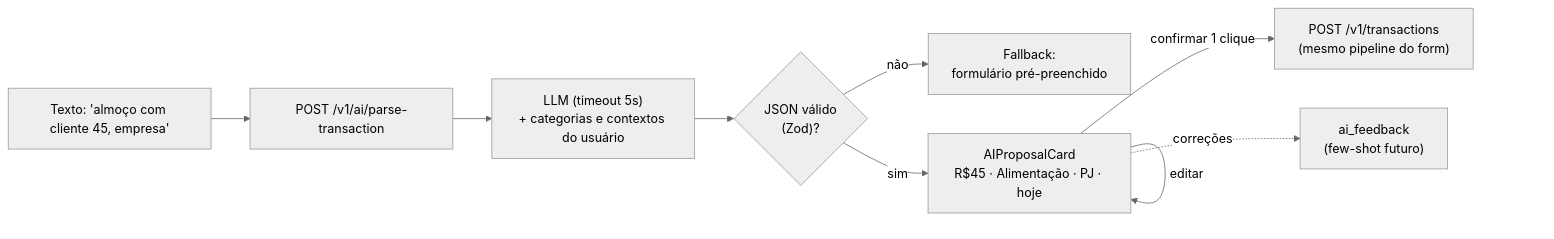
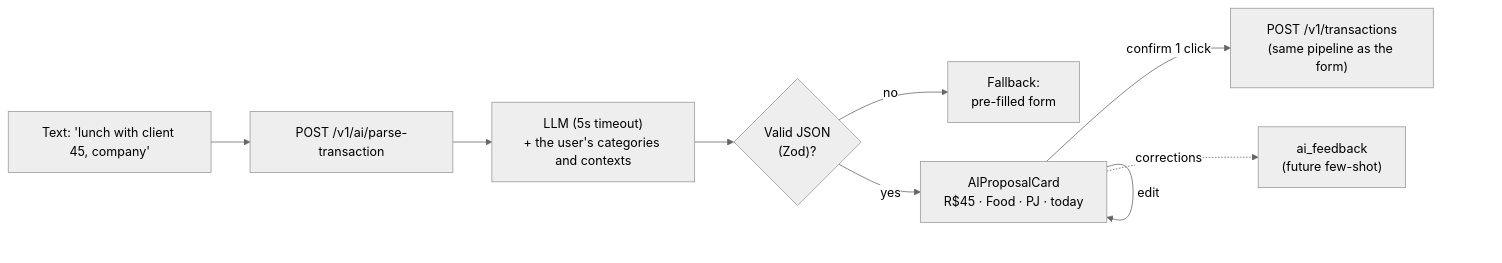
The fourth of 4 diagrams in docs/architecture/architecture.md (fernandaquerino/tally), drawn with Mermaid (neutral theme) before and after one commit. The commit also changed other lines of this file and 34 other files, not shown here.

````diff
--- a/docs/architecture/architecture.md
+++ b/docs/architecture/architecture.md
@@ -400,11 +400,11 @@
 ```mermaid
 flowchart LR
-  TXT["Texto: 'almoço com cliente 45, empresa'"] --> PARSE["POST /v1/ai/parse-transaction"]
-  PARSE --> LLM["LLM (timeout 5s)<br/>+ categorias e contextos do usuário"]
-  LLM --> VAL{"JSON válido<br/>(Zod)?"}
-  VAL -->|não| FALLBACK["Fallback:<br/>formulário pré-preenchido"]
-  VAL -->|sim| CARD["AIProposalCard<br/>R$45 · Alimentação · PJ · hoje"]
-  CARD -->|editar| CARD
-  CARD -->|confirmar 1 clique| POST["POST /v1/transactions<br/>(mesmo pipeline do form)"]
-  CARD -. correções .-> FB["ai_feedback<br/>(few-shot futuro)"]
+  TXT["Text: 'lunch with client 45, company'"] --> PARSE["POST /v1/ai/parse-transaction"]
+  PARSE --> LLM["LLM (5s timeout)<br/>+ the user's categories and contexts"]
+  LLM --> VAL{"Valid JSON<br/>(Zod)?"}
+  VAL -->|no| FALLBACK["Fallback:<br/>pre-filled form"]
+  VAL -->|yes| CARD["AIProposalCard<br/>R$45 · Food · PJ · today"]
+  CARD -->|edit| CARD
+  CARD -->|confirm 1 click| POST["POST /v1/transactions<br/>(same pipeline as the form)"]
+  CARD -. corrections .-> FB["ai_feedback<br/>(future few-shot)"]
 ```
````
